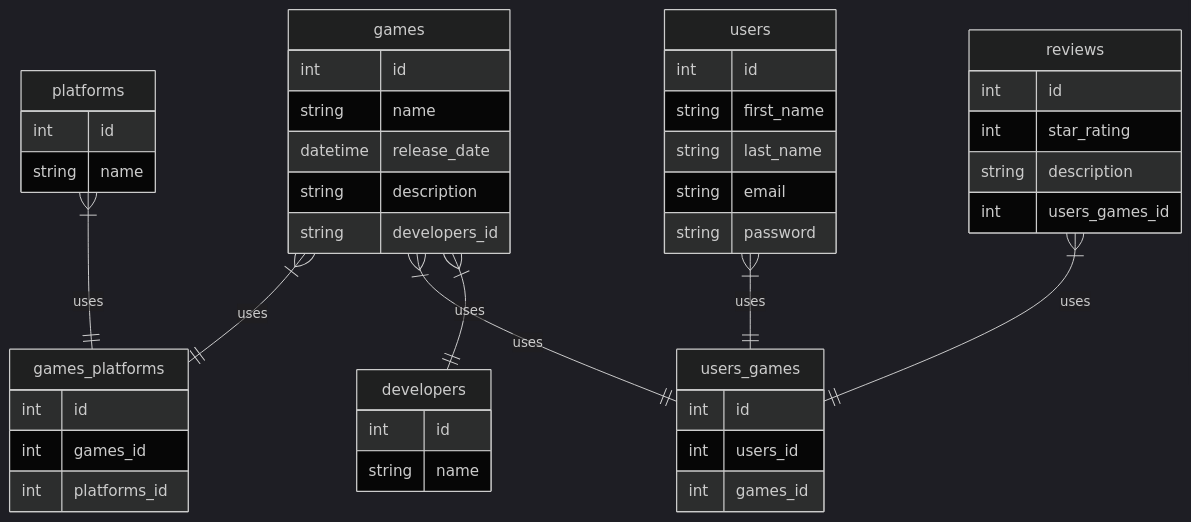
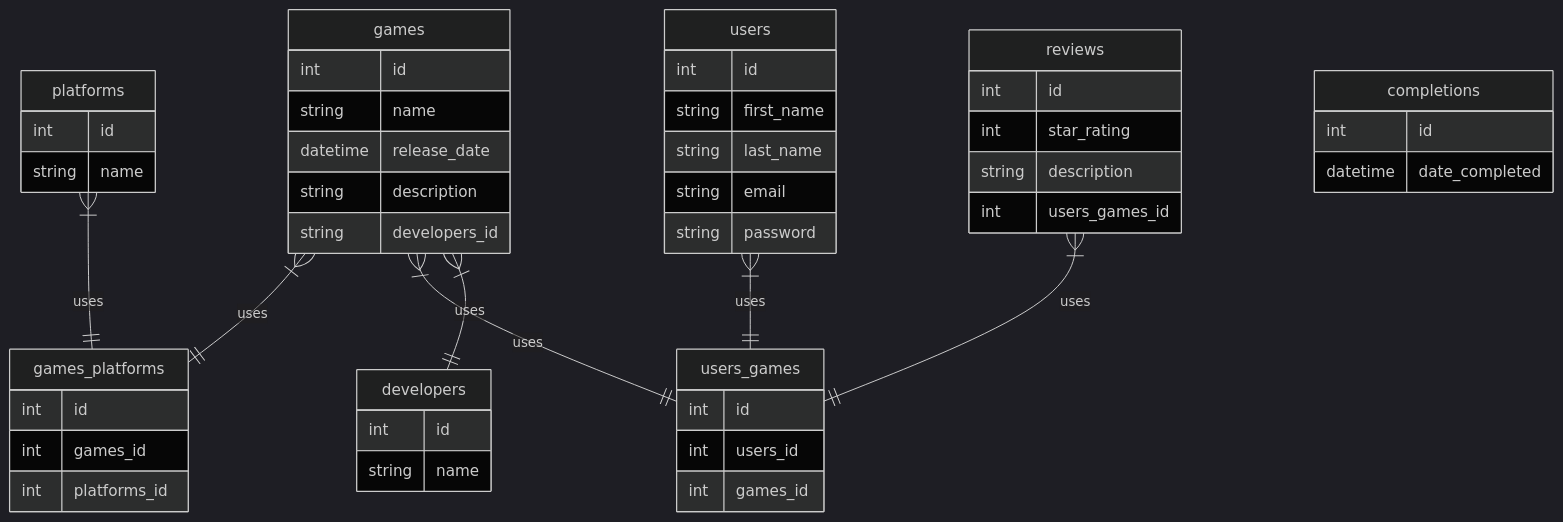
The second of 2 diagrams in README.md (Haikira/VGLogger), drawn with Mermaid before and after one commit.

````diff
--- a/README.md
+++ b/README.md
@@ -41,52 +41,56 @@
 ``` mermaid
 %%{init: {'theme': 'dark' } }%%
 
 erDiagram
 
         games {
                 int id
                 string name
                 datetime release_date
                 string description
                 string developers_id
         }
         platforms {
                 int id
                 string name                
         }
         games_platforms {
                 int id
                 int games_id
                 int platforms_id
         }
         users_games {
                 int id
                 int users_id
                 int games_id
         }
         users {
                 int id
                 string first_name
                 string last_name
                 string email
                 string password
         }
         developers {
                 int id
                 string name
         }
         reviews {
                 int id
                 int star_rating
                 string description
                 int users_games_id
         }
+        completions {
+                int id
+                datetime date_completed
+        }
         
         games }|--|| games_platforms: "uses"
         platforms }|--|| games_platforms: "uses"
         games }|--|| users_games: "uses"
         users }|--|| users_games: "uses"
         games }|--|| developers: "uses"
         reviews }|--|| users_games: "uses"
 
 ```
````
